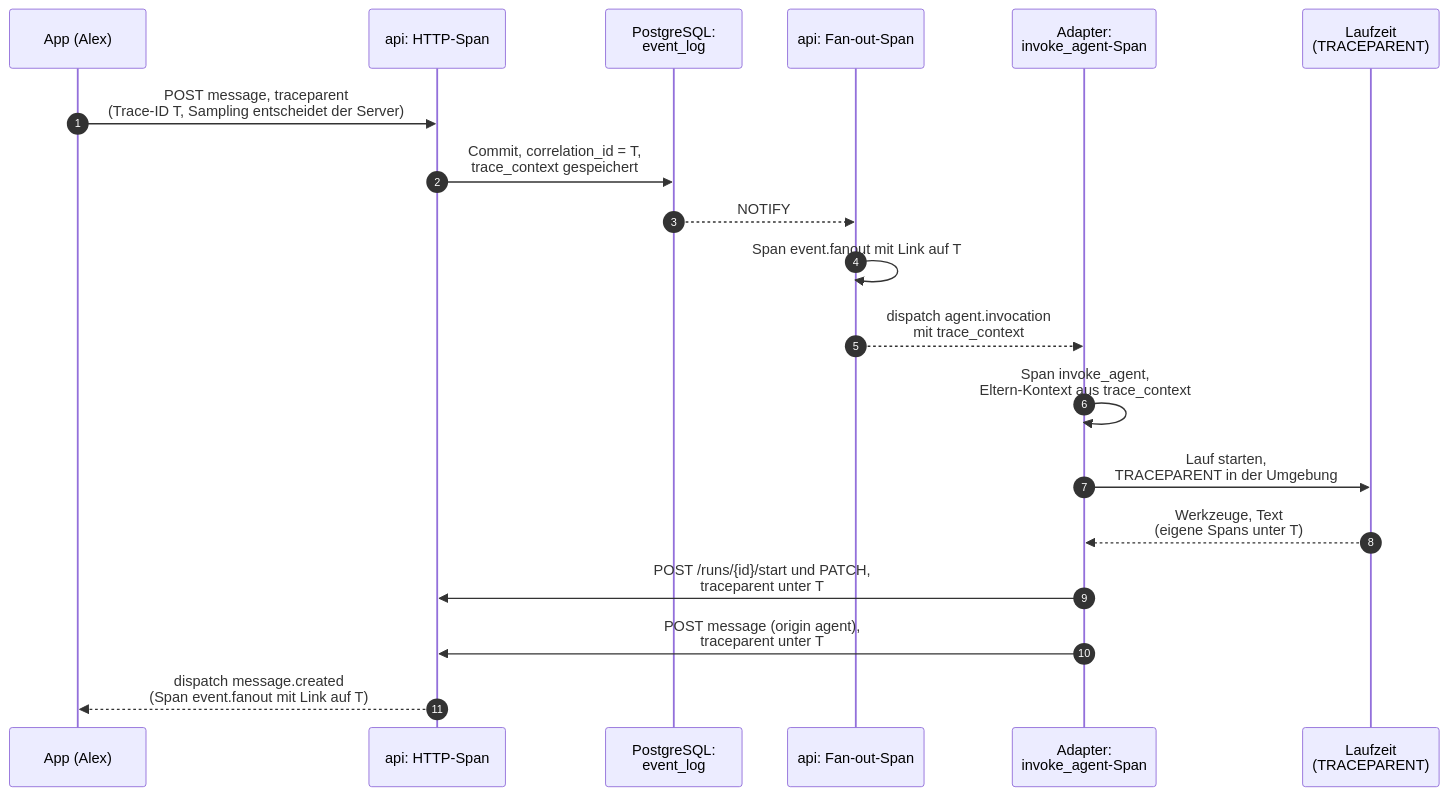
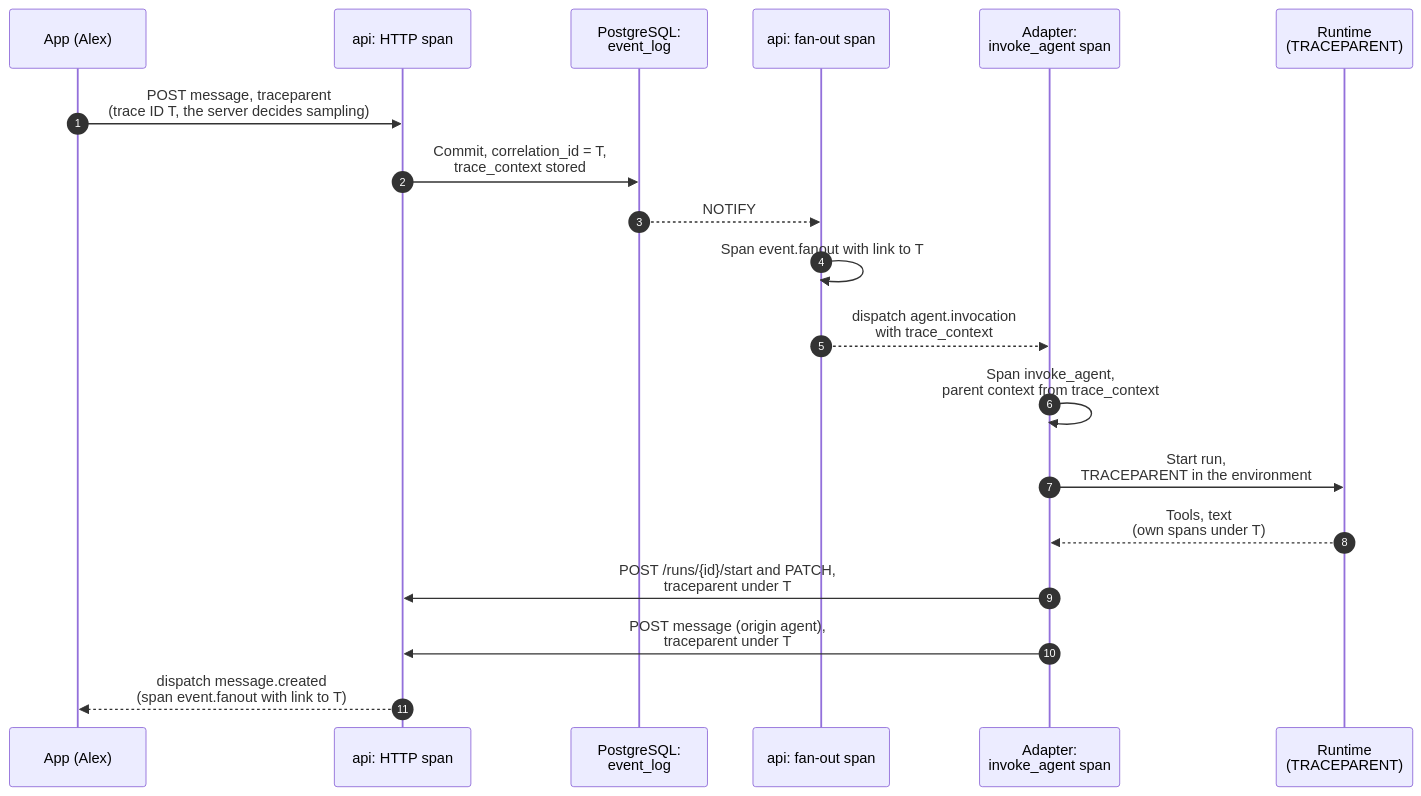
Before and after one commit to mguttmann/bothy: the diagram in docs/observability/diagrams/trace-propagation.mmd, drawn with Mermaid. The commit also changed 95 other files, not shown here.

First line of the commit message:
docs(architecture): translate the diagrams to English

```diff
--- a/docs/observability/diagrams/trace-propagation.mmd
+++ b/docs/observability/diagrams/trace-propagation.mmd
@@ -1,19 +1,19 @@
 sequenceDiagram
     autonumber
     participant App as App (Alex)
-    participant API as api: HTTP-Span
+    participant API as api: HTTP span
     participant DB as PostgreSQL:<br/>event_log
-    participant GW as api: Fan-out-Span
-    participant AD as Adapter:<br/>invoke_agent-Span
-    participant RT as Laufzeit<br/>(TRACEPARENT)
-    App->>API: POST message, traceparent<br/>(Trace-ID T, Sampling entscheidet der Server)
-    API->>DB: Commit, correlation_id = T,<br/>trace_context gespeichert
+    participant GW as api: fan-out span
+    participant AD as Adapter:<br/>invoke_agent span
+    participant RT as Runtime<br/>(TRACEPARENT)
+    App->>API: POST message, traceparent<br/>(trace ID T, the server decides sampling)
+    API->>DB: Commit, correlation_id = T,<br/>trace_context stored
     DB-->>GW: NOTIFY
-    GW->>GW: Span event.fanout mit Link auf T
-    GW-->>AD: dispatch agent.invocation<br/>mit trace_context
-    AD->>AD: Span invoke_agent,<br/>Eltern-Kontext aus trace_context
-    AD->>RT: Lauf starten,<br/>TRACEPARENT in der Umgebung
-    RT-->>AD: Werkzeuge, Text<br/>(eigene Spans unter T)
-    AD->>API: POST /runs/{id}/start und PATCH,<br/>traceparent unter T
-    AD->>API: POST message (origin agent),<br/>traceparent unter T
-    API-->>App: dispatch message.created<br/>(Span event.fanout mit Link auf T)
+    GW->>GW: Span event.fanout with link to T
+    GW-->>AD: dispatch agent.invocation<br/>with trace_context
+    AD->>AD: Span invoke_agent,<br/>parent context from trace_context
+    AD->>RT: Start run,<br/>TRACEPARENT in the environment
+    RT-->>AD: Tools, text<br/>(own spans under T)
+    AD->>API: POST /runs/{id}/start and PATCH,<br/>traceparent under T
+    AD->>API: POST message (origin agent),<br/>traceparent under T
+    API-->>App: dispatch message.created<br/>(span event.fanout with link to T)
```
